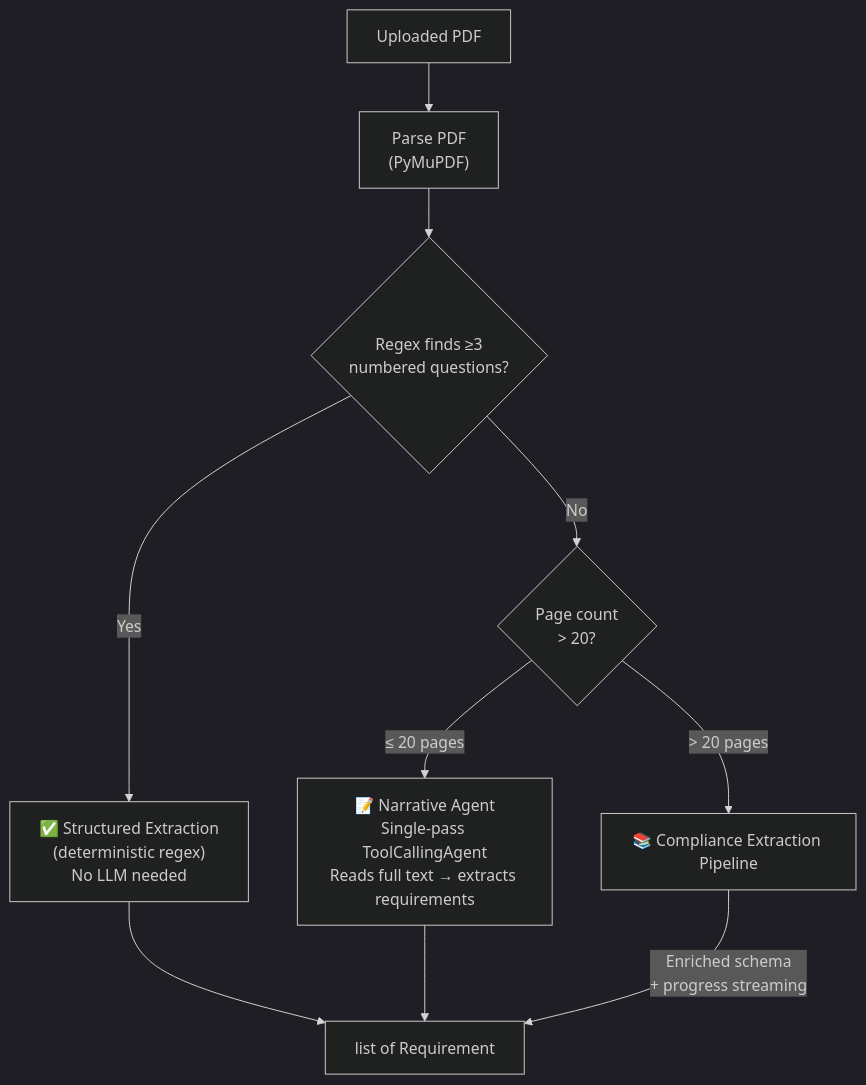
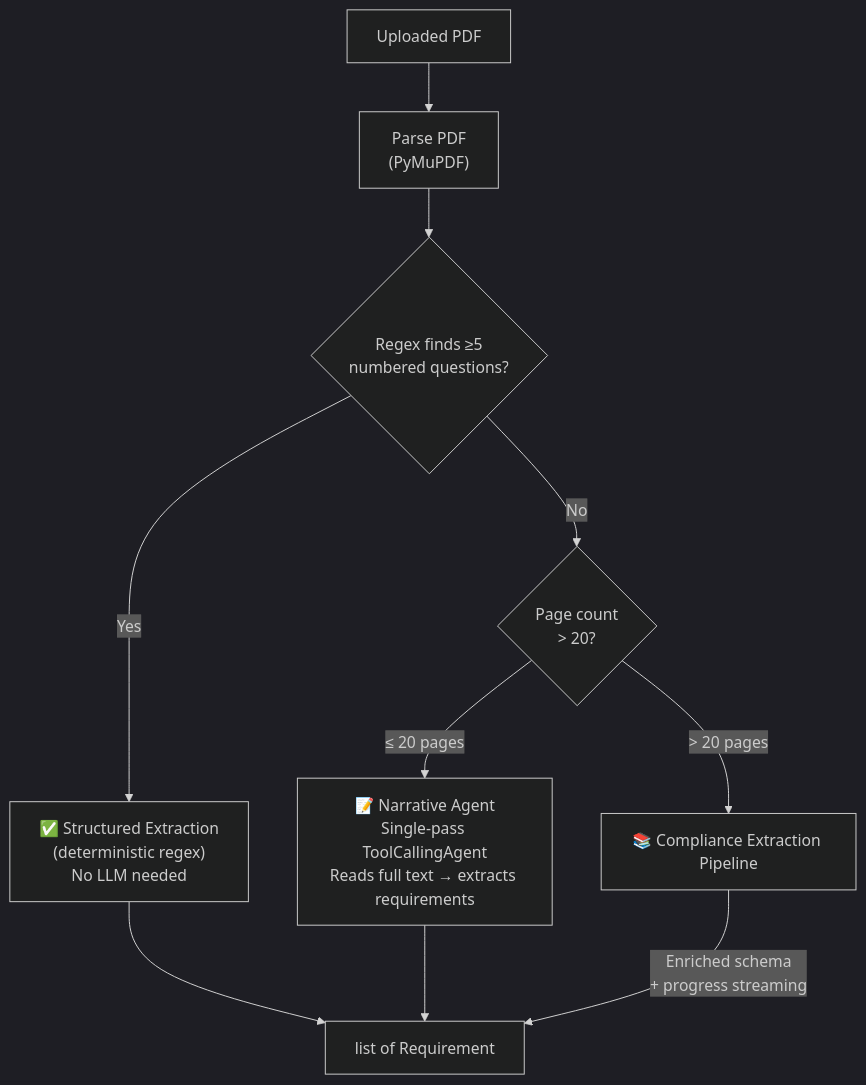
Before and after one commit to yuguang/readily: the second of 6 diagrams in README.md, drawn with Mermaid (dark theme). The commit also changed 2 other files, not shown here.

Commit message:
update structured threshold

````diff
--- a/README.md
+++ b/README.md
@@ -33,12 +33,12 @@
 ```mermaid
 flowchart TD
     PDF["Uploaded PDF"] --> Parse["Parse PDF\n(PyMuPDF)"]
-    Parse --> Regex{"Regex finds ≥3\nnumbered questions?"}
+    Parse --> Regex{"Regex finds ≥5\nnumbered questions?"}
     Regex -->|Yes| Structured["✅ Structured Extraction\n(deterministic regex)\nNo LLM needed"]
     Regex -->|No| Length{"Page count\n> 20?"}
     Length -->|"≤ 20 pages"| Narrative["📝 Narrative Agent\nSingle-pass ToolCallingAgent\nReads full text → extracts requirements"]
     Length -->|"> 20 pages"| Compliance["📚 Compliance Extraction Pipeline\n"]
     Structured --> Reqs["list of Requirement"]
     Narrative --> Reqs
     Compliance -->|"Enriched schema\n+ progress streaming"| Reqs
 ```
````
